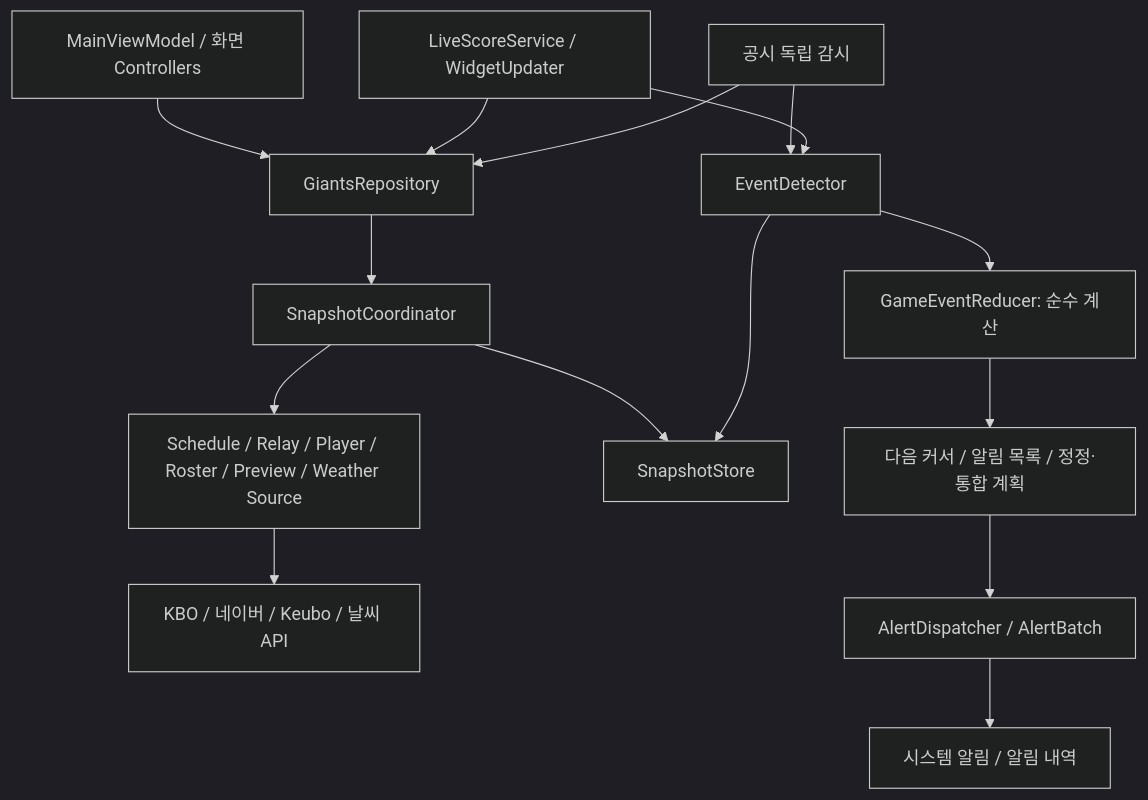
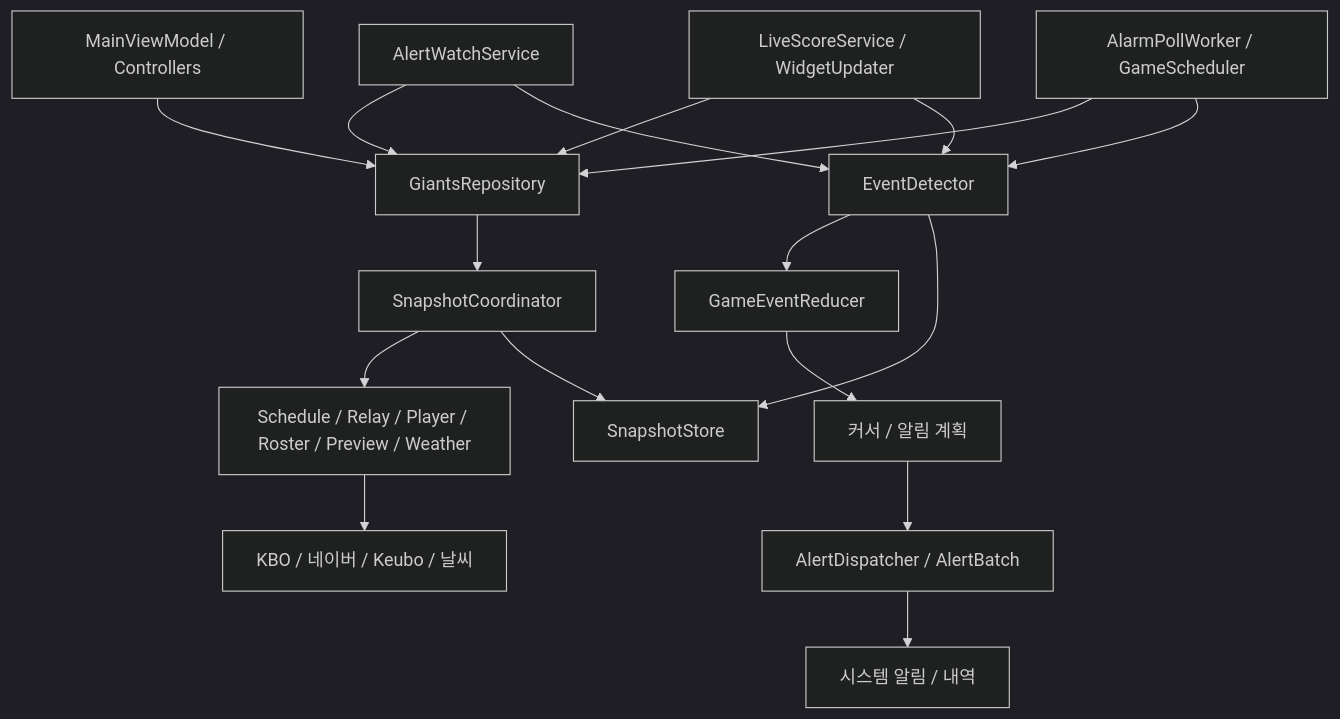
One commit to bossxor/INV_LotteGiants changed the diagram in docs/architecture.md. Above: the diagram before and after it, drawn with Mermaid (dark theme). The commit also changed other lines of this file and 9 other files, not shown here.

````diff
--- a/docs/architecture.md
+++ b/docs/architecture.md
@@ -5,17 +23,19 @@
 ```mermaid
 flowchart TD
-    UI[MainViewModel / 화면 Controllers] --> Repo[GiantsRepository]
+    UI[MainViewModel / Controllers] --> Repo[GiantsRepository]
     Service[LiveScoreService / WidgetUpdater] --> Repo
     Repo --> Coordinator[SnapshotCoordinator]
-    Coordinator --> Sources[Schedule / Relay / Player / Roster / Preview / Weather Source]
-    Sources --> API[KBO / 네이버 / Keubo / 날씨 API]
+    Coordinator --> Sources[Schedule / Relay / Player / Roster / Preview / Weather]
+    Sources --> API[KBO / 네이버 / Keubo / 날씨]
     Coordinator --> Store[SnapshotStore]
-    Watch[공시 독립 감시] --> Repo
+    Watch[AlertWatchService] --> Repo
     Watch --> Detector[EventDetector]
+    Alarm[AlarmPollWorker / GameScheduler] --> Repo
+    Alarm --> Detector
     Service --> Detector
-    Detector --> Reducer[GameEventReducer: 순수 계산]
-    Reducer --> Plan[다음 커서 / 알림 목록 / 정정·통합 계획]
+    Detector --> Reducer[GameEventReducer]
+    Reducer --> Plan[커서 / 알림 계획]
     Plan --> Dispatcher[AlertDispatcher / AlertBatch]
-    Dispatcher --> Notification[시스템 알림 / 알림 내역]
+    Dispatcher --> Notification[시스템 알림 / 내역]
     Detector --> Store
 ```
````
